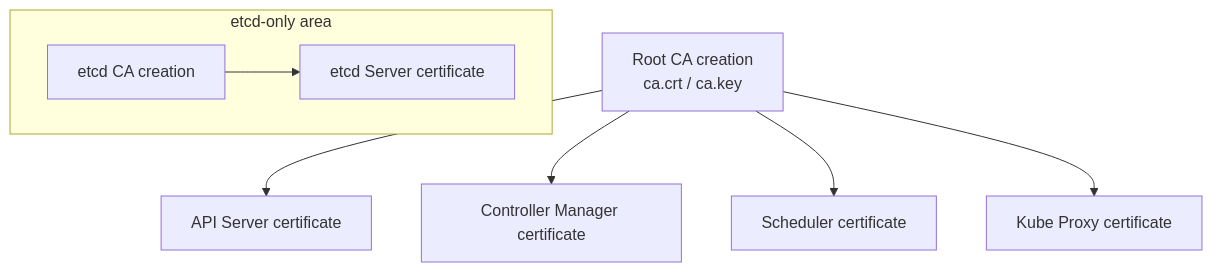
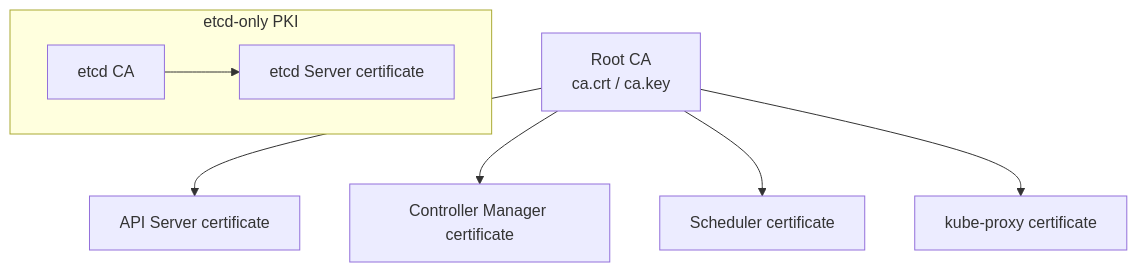
The diagram in content/security/03-operation/24-kubeadm-cert-management.md (jeonck/k8s-adv), drawn with Mermaid before and after one commit. The commit also changed other lines of this file and 16 other files, not shown here.

````diff
--- a/content/security/03-operation/24-kubeadm-cert-management.md
+++ b/content/security/03-operation/24-kubeadm-cert-management.md
@@ -53,11 +53,11 @@
 ```mermaid
 graph TD
-    CA["Root CA creation<br/>ca.crt / ca.key"] --> AS[API Server certificate]
+    CA["Root CA<br/>ca.crt / ca.key"] --> AS[API Server certificate]
     CA --> CM[Controller Manager certificate]
     CA --> SC[Scheduler certificate]
-    CA --> KP[Kube Proxy certificate]
+    CA --> KP[kube-proxy certificate]
     
-    subgraph ETCD["etcd-only area"]
-    ECA[etcd CA creation] --> ES[etcd Server certificate]
+    subgraph ETCD["etcd-only PKI"]
+    ECA[etcd CA] --> ES[etcd Server certificate]
     end
 ```
````
